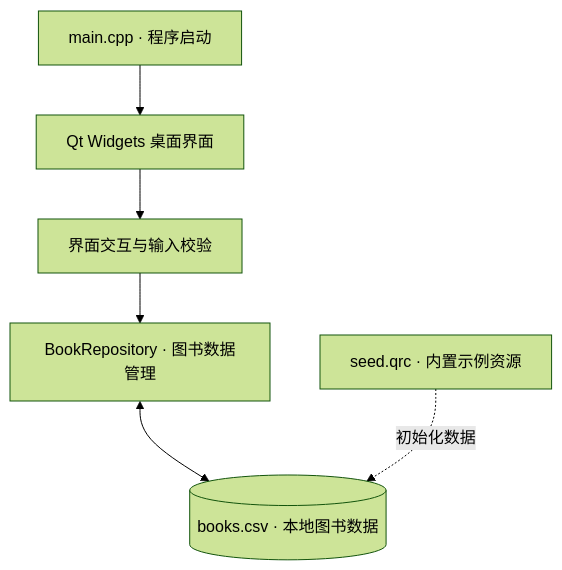
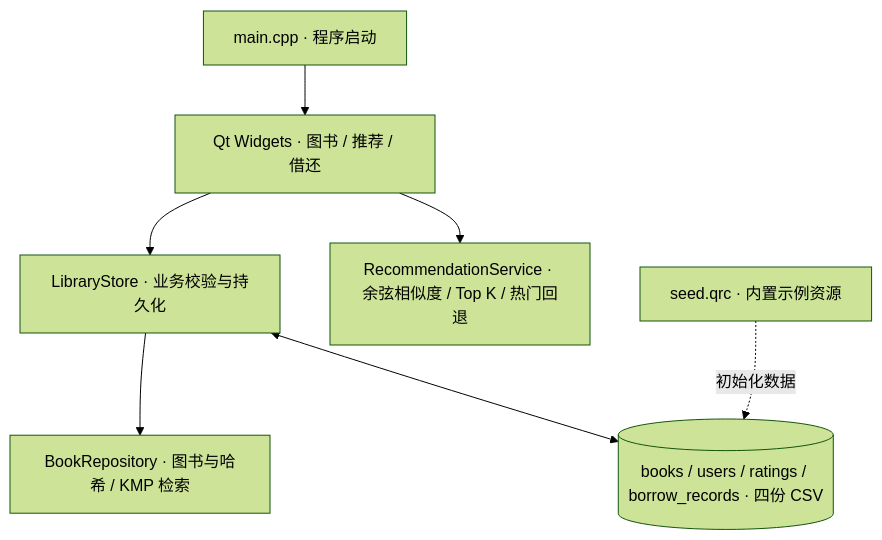
The diagram in README.md (ZhangJian-CN/book-recommendation-system), drawn with Mermaid (forest theme) before and after one commit. The commit also changed other lines of this file, not shown here.

````diff
--- a/README.md
+++ b/README.md
@@ -57,8 +59,9 @@
 ```mermaid
 flowchart TB
-    A["Qt Widgets 桌面界面"] --> B["界面交互与输入校验"]
-    B --> C["BookRepository · 图书数据管理"]
-    C <--> D[("books.csv · 本地图书数据")]
+    A["Qt Widgets · 图书 / 推荐 / 借还"] --> B["LibraryStore · 业务校验与持久化"]
+    B --> C["BookRepository · 图书与哈希 / KMP 检索"]
+    A --> R["RecommendationService · 余弦相似度 / Top K / 热门回退"]
+    B <--> D[("books / users / ratings / borrow_records · 四份 CSV")]
     E["main.cpp · 程序启动"] --> A
     F["seed.qrc · 内置示例资源"] -.->|"初始化数据"| D
 ```
````
